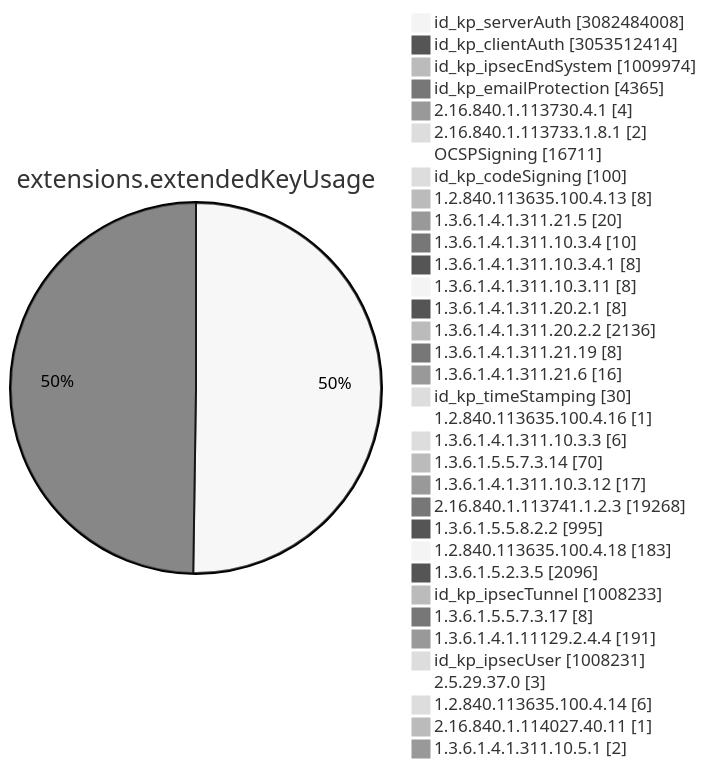
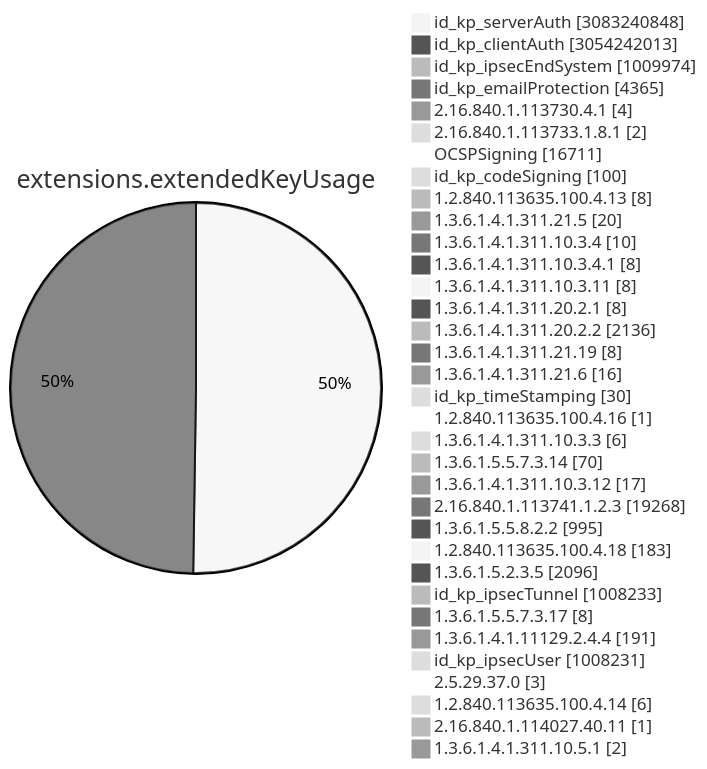
Diagram 11 of 15 in TOTAL/README.md (christiankrug/ctmonitor_visualization), drawn with Mermaid (neutral theme) before and after one commit. The commit also changed other lines of this file, not shown here.

````diff
--- a/TOTAL/README.md
+++ b/TOTAL/README.md
@@ -4117,38 +4117,38 @@
 ```mermaid
 pie showData
 title extensions.extendedKeyUsage
-"id_kp_serverAuth" :3082484008
-"id_kp_clientAuth" :3053512414
+"id_kp_serverAuth" :3083240848
+"id_kp_clientAuth" :3054242013
 "id_kp_ipsecEndSystem" :1009974
 "id_kp_emailProtection" :4365
 "2.16.840.1.113730.4.1" :4
 "2.16.840.1.113733.1.8.1" :2
 "OCSPSigning" :16711
 "id_kp_codeSigning" :100
 "1.2.840.113635.100.4.13" :8
 "1.3.6.1.4.1.311.21.5" :20
 "1.3.6.1.4.1.311.10.3.4" :10
 "1.3.6.1.4.1.311.10.3.4.1" :8
 "1.3.6.1.4.1.311.10.3.11" :8
 "1.3.6.1.4.1.311.20.2.1" :8
 "1.3.6.1.4.1.311.20.2.2" :2136
 "1.3.6.1.4.1.311.21.19" :8
 "1.3.6.1.4.1.311.21.6" :16
 "id_kp_timeStamping" :30
 "1.2.840.113635.100.4.16" :1
 "1.3.6.1.4.1.311.10.3.3" :6
 "1.3.6.1.5.5.7.3.14" :70
 "1.3.6.1.4.1.311.10.3.12" :17
 "2.16.840.1.113741.1.2.3" :19268
 "1.3.6.1.5.5.8.2.2" :995
 "1.2.840.113635.100.4.18" :183
 "1.3.6.1.5.2.3.5" :2096
 "id_kp_ipsecTunnel" :1008233
 "1.3.6.1.5.5.7.3.17" :8
 "1.3.6.1.4.1.11129.2.4.4" :191
 "id_kp_ipsecUser" :1008231
 "2.5.29.37.0" :3
 "1.2.840.113635.100.4.14" :6
 "2.16.840.1.114027.40.11" :1
 "1.3.6.1.4.1.311.10.5.1" :2
 ```
````
